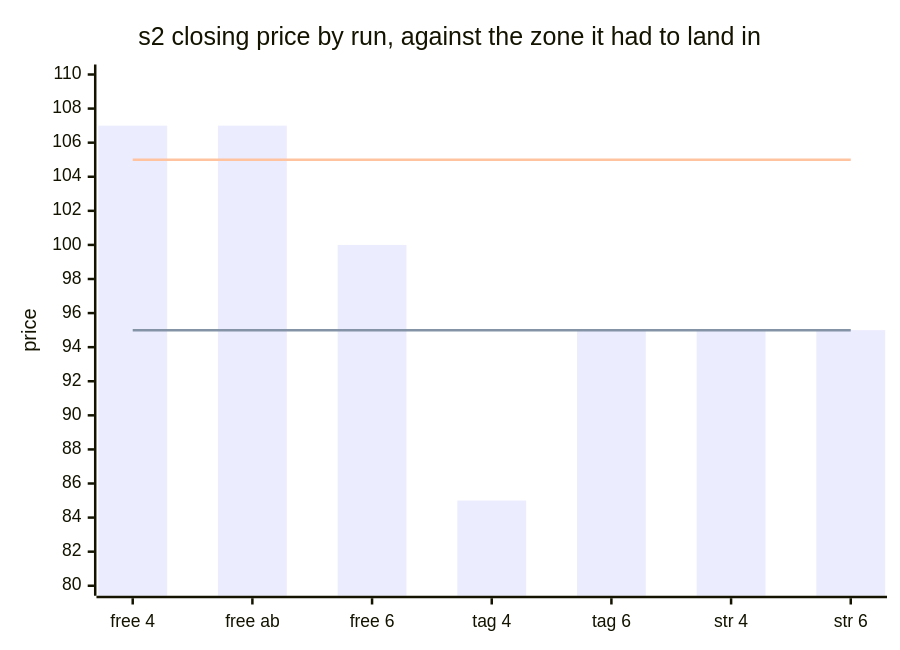
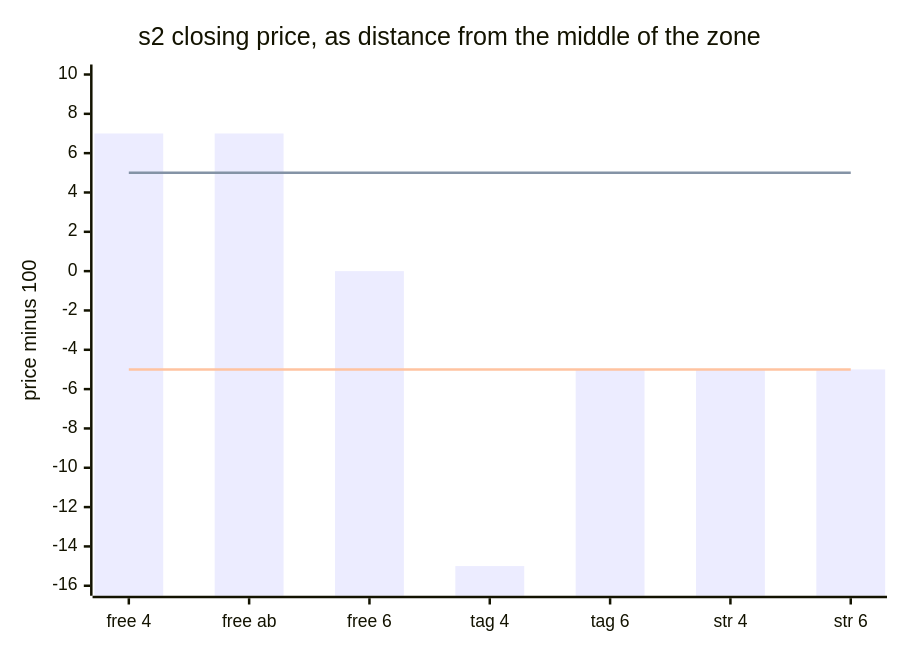
One commit to Q00/ai-agent-engineering-101 changed the sixth of 6 diagrams in submissions/26510126/week-04/REPORT.md. Above: the diagram before and after it, drawn with Mermaid. The commit also changed other lines of this file, not shown here.

First line of the commit message:
feat(week-04-ext): what the agents did with the two acts, and two chart fixes

````diff
--- a/submissions/26510126/week-04/REPORT.md
+++ b/submissions/26510126/week-04/REPORT.md
@@ -852,9 +923,9 @@
 ```mermaid
 xychart
-    title "s2 closing price by run, against the zone it had to land in"
+    title "s2 closing price, as distance from the middle of the zone"
     x-axis ["free 4", "free ab", "free 6", "tag 4", "tag 6", "str 4", "str 6"]
-    y-axis "price" 80 --> 110
-    bar "closing price" [107, 107, 100, 85, 95, 95, 95]
-    line "the seller's reserve, 95" [95, 95, 95, 95, 95, 95, 95]
-    line "the buyer's budget, 105" [105, 105, 105, 105, 105, 105, 105]
+    y-axis "price minus 100" -16 --> 10
+    bar "where the deal closed" [7, 7, 0, -15, -5, -5, -5]
+    line "top of the zone, 105" [5, 5, 5, 5, 5, 5, 5]
+    line "bottom of the zone, 95" [-5, -5, -5, -5, -5, -5, -5]
 ```
````
